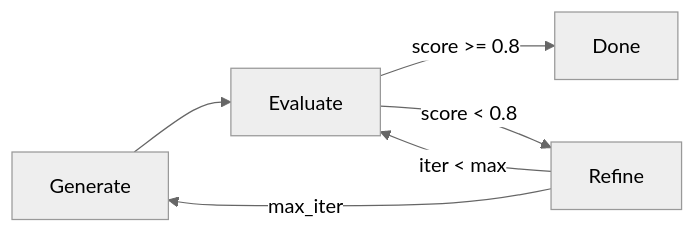
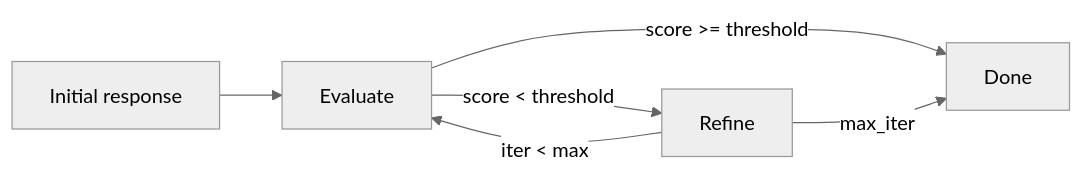
Before and after one commit to baselithcore/plugin-baselithbot: the diagram in mkdocs-site/docs/core-modules/reflection.md, drawn with Mermaid (neutral theme). The commit also changed other lines of this file and 68 other files, not shown here.

````diff
--- a/mkdocs-site/docs/core-modules/reflection.md
+++ b/mkdocs-site/docs/core-modules/reflection.md
@@ -173,8 +166,8 @@
 ```mermaid
 flowchart LR
-    Generate --> Evaluate
-    Evaluate --> |score >= 0.8| Done
-    Evaluate --> |score < 0.8| Refine
-    Refine --> |max_iter| Generate
+    Input[Initial response] --> Evaluate
+    Evaluate --> |score >= threshold| Done
+    Evaluate --> |score < threshold| Refine
     Refine --> |iter < max| Evaluate
+    Refine --> |max_iter| Done
 ```
````
